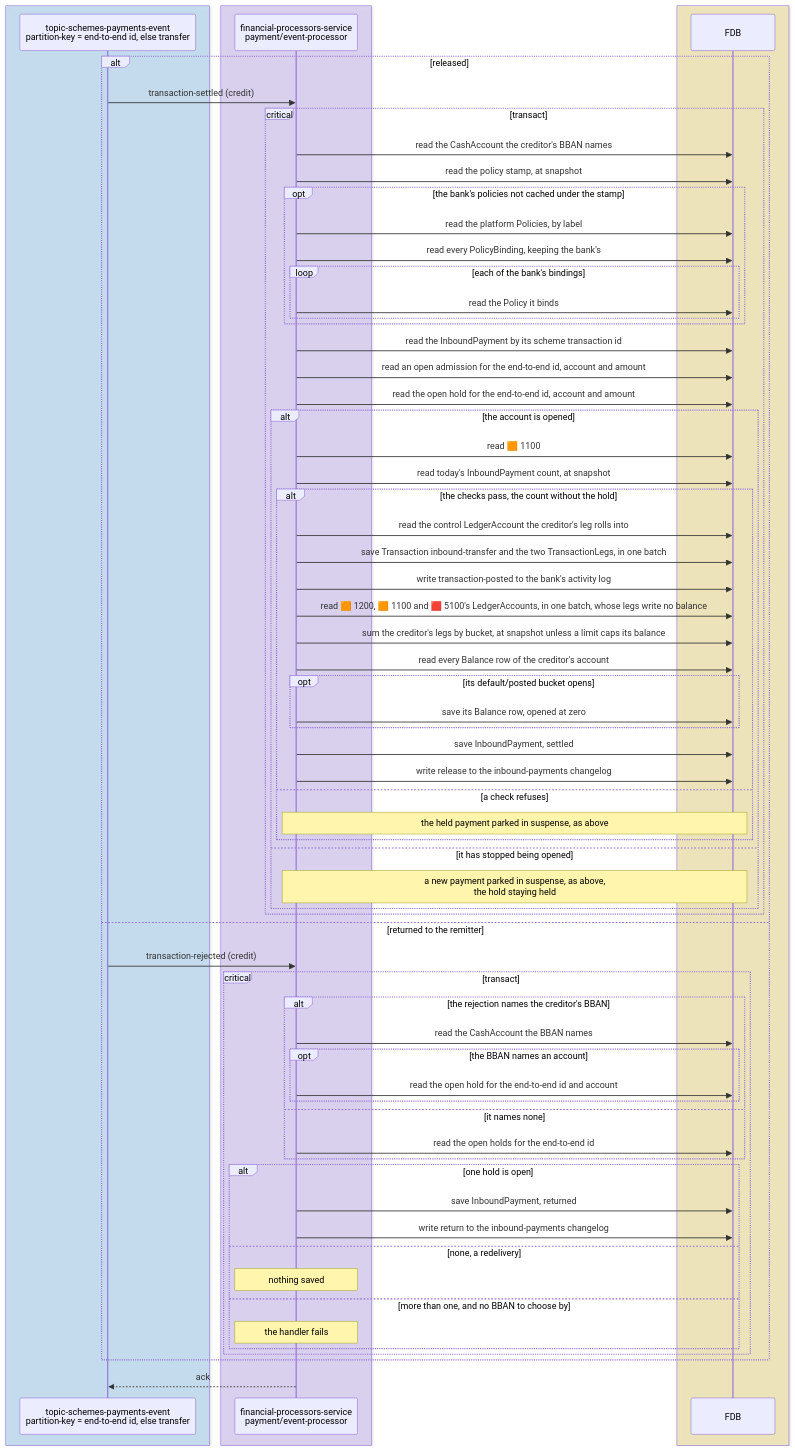
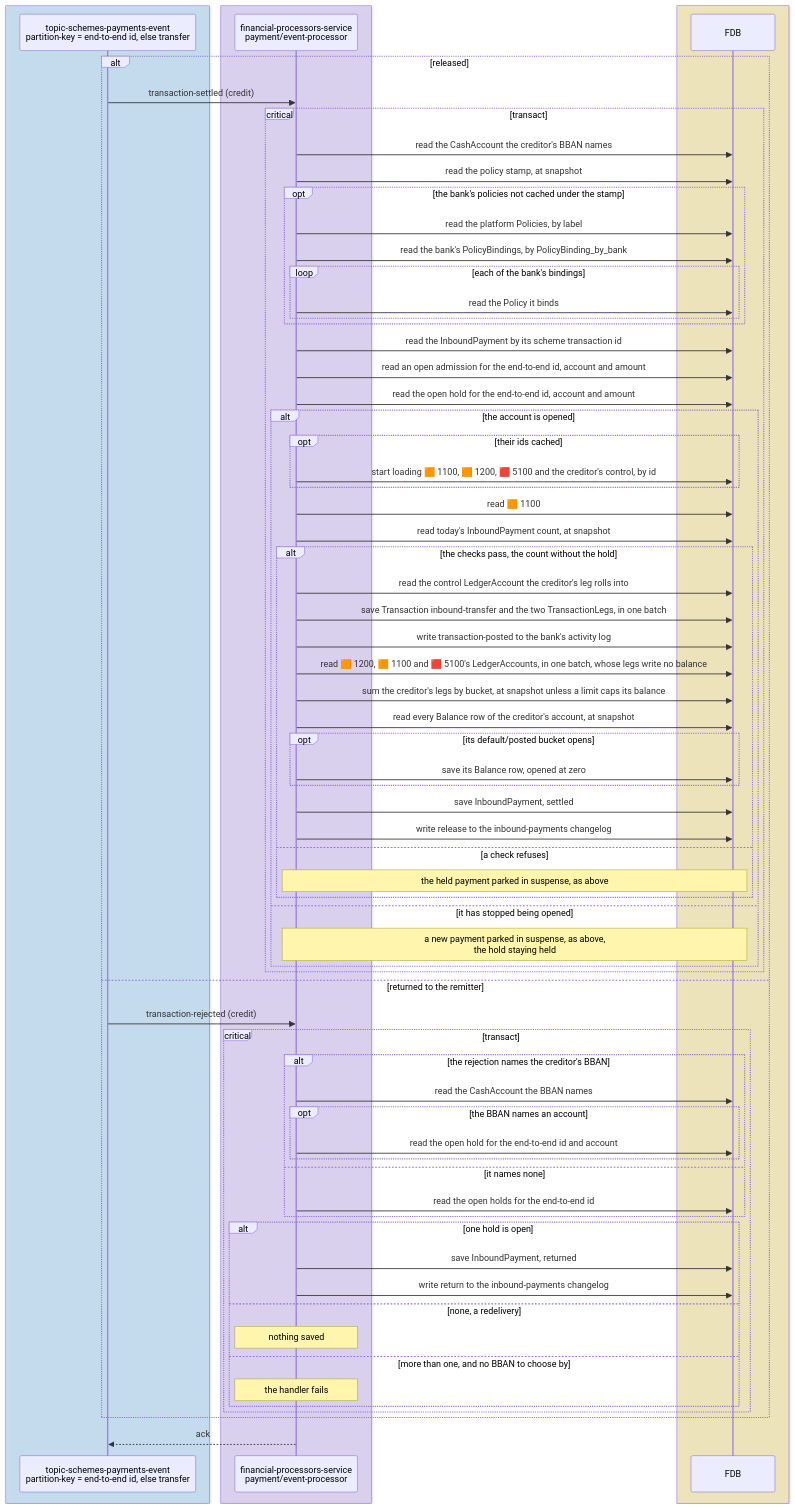
Before and after one commit to repldriven/queenswood: the eighth of 15 diagrams in docs/tdd/payments-inbound.md, drawn with Mermaid. The commit also changed other lines of this file and 2 other files, not shown here.

Commit message:
Draw the payment flows' snapshot row reads, pre-loads, cached bank read, binding index and reconcile outcomes

````diff
--- a/docs/tdd/payments-inbound.md
+++ b/docs/tdd/payments-inbound.md
@@ -422,71 +424,74 @@
 ```mermaid
 sequenceDiagram
     box rgba(165, 216, 255, 0.45)
     participant SE as topic-schemes-payments-event<br/>partition-key = end-to-end id, else transfer
     end
     box rgba(208, 191, 255, 0.45)
     participant PE as financial-processors-service<br/>payment/event-processor
     end
     box rgba(255, 236, 153, 0.5)
     participant DB as FDB
     end
     alt released
     SE->>PE: transaction-settled (credit)
     critical transact
     PE->>DB: read the CashAccount the creditor's BBAN names
     PE->>DB: read the policy stamp, at snapshot
     opt the bank's policies not cached under the stamp
     PE->>DB: read the platform Policies, by label
-    PE->>DB: read every PolicyBinding, keeping the bank's
+    PE->>DB: read the bank's PolicyBindings, by PolicyBinding_by_bank
     loop each of the bank's bindings
     PE->>DB: read the Policy it binds
     end
     end
     PE->>DB: read the InboundPayment by its scheme transaction id
     PE->>DB: read an open admission for the end-to-end id, account and amount
     PE->>DB: read the open hold for the end-to-end id, account and amount
     alt the account is opened
+    opt their ids cached
+    PE->>DB: start loading 🟧 1100, 🟧 1200, 🟥 5100 and the creditor's control, by id
+    end
     PE->>DB: read 🟧 1100
     PE->>DB: read today's InboundPayment count, at snapshot
     alt the checks pass, the count without the hold
     PE->>DB: read the control LedgerAccount the creditor's leg rolls into
     PE->>DB: save Transaction inbound-transfer and the two TransactionLegs, in one batch
     PE->>DB: write transaction-posted to the bank's activity log
     PE->>DB: read 🟧 1200, 🟧 1100 and 🟥 5100's LedgerAccounts, in one batch, whose legs write no balance
     PE->>DB: sum the creditor's legs by bucket, at snapshot unless a limit caps its balance
-    PE->>DB: read every Balance row of the creditor's account
+    PE->>DB: read every Balance row of the creditor's account, at snapshot
     opt its default/posted bucket opens
     PE->>DB: save its Balance row, opened at zero
     end
     PE->>DB: save InboundPayment, settled
     PE->>DB: write release to the inbound-payments changelog
     else a check refuses
     Note over PE,DB: the held payment parked in suspense, as above
     end
     else it has stopped being opened
     Note over PE,DB: a new payment parked in suspense, as above,<br/>the hold staying held
     end
     end
     else returned to the remitter
     SE->>PE: transaction-rejected (credit)
     critical transact
     alt the rejection names the creditor's BBAN
     PE->>DB: read the CashAccount the BBAN names
     opt the BBAN names an account
     PE->>DB: read the open hold for the end-to-end id and account
     end
     else it names none
     PE->>DB: read the open holds for the end-to-end id
     end
     alt one hold is open
     PE->>DB: save InboundPayment, returned
     PE->>DB: write return to the inbound-payments changelog
     else none, a redelivery
     Note over PE: nothing saved
     else more than one, and no BBAN to choose by
     Note over PE: the handler fails
     end
     end
     end
     PE-->>SE: ack
 ```
````
